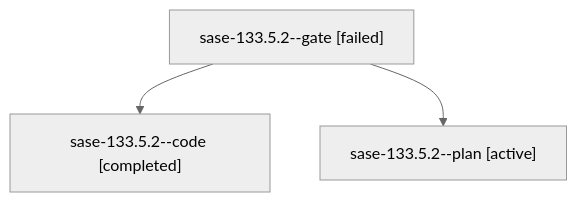
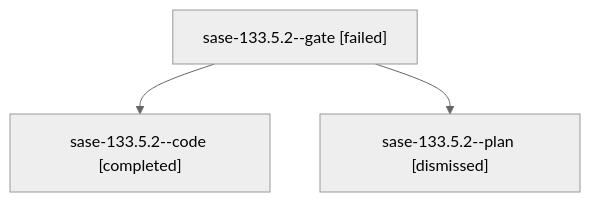
One commit to sase-org/sase--agents changed the diagram in sessions/bbugyi200.athena.sase-133.5.2.md. Above: the diagram before and after it, drawn with Mermaid (neutral theme). The commit also changed other lines of this file and 118 other files, not shown here.

````diff
--- a/sessions/bbugyi200.athena.sase-133.5.2.md
+++ b/sessions/bbugyi200.athena.sase-133.5.2.md
@@ -9,8 +9,8 @@
 ```mermaid
 flowchart TD
   n0["sase-133.5.2--gate [failed]"]
   n1["sase-133.5.2--code [completed]"]
   n0 --> n1
-  n2["sase-133.5.2--plan [active]"]
+  n2["sase-133.5.2--plan [dismissed]"]
   n0 --> n2
 ```
````
